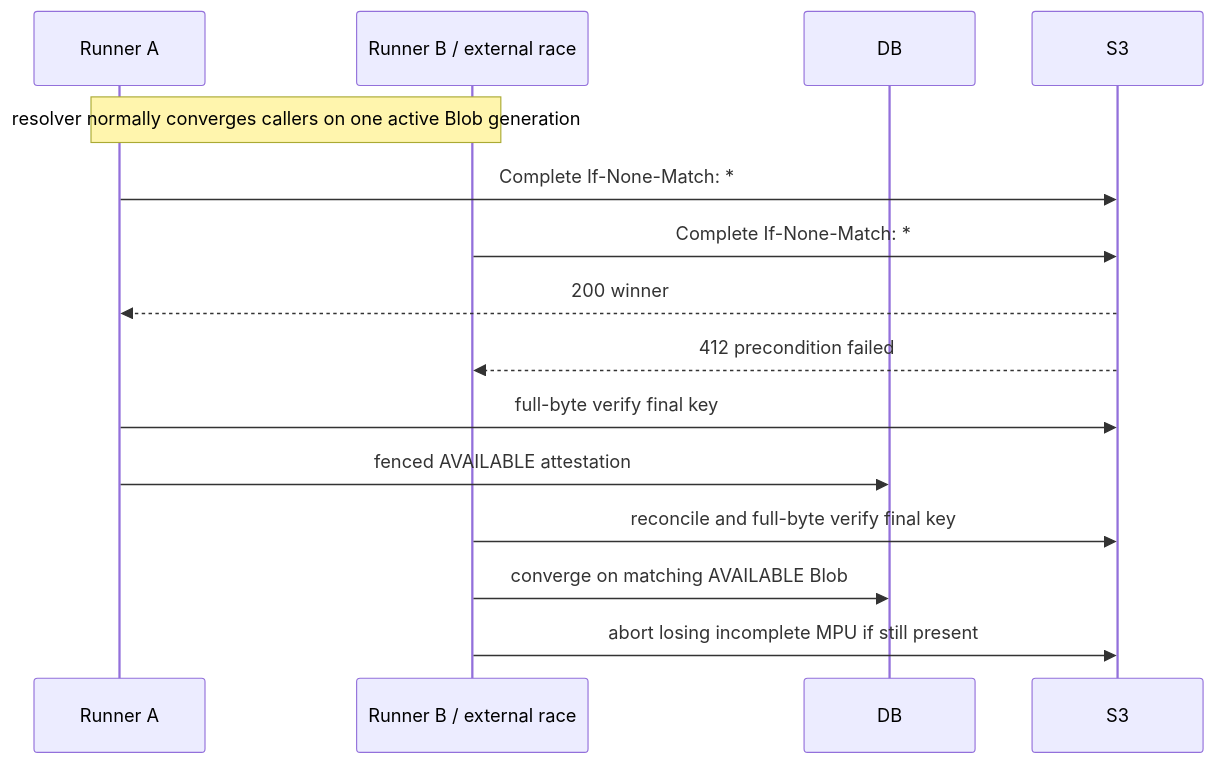
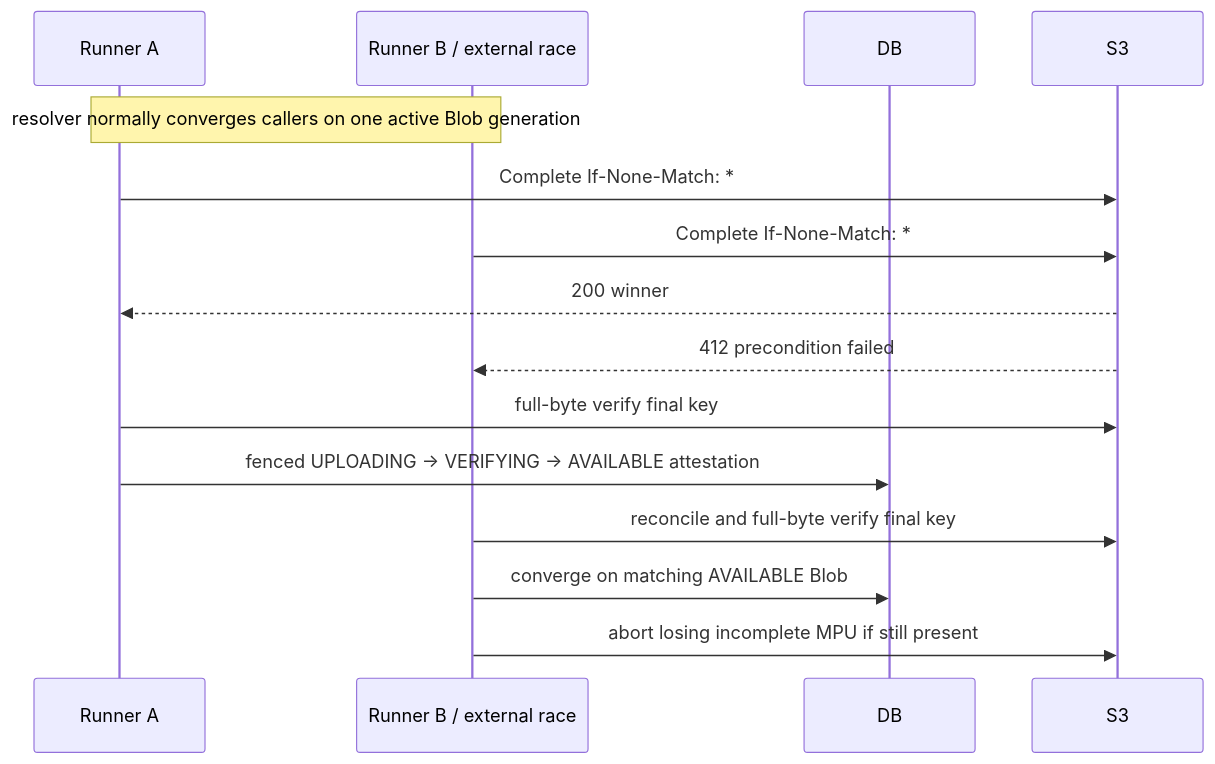
Before and after one commit to zbnerd/RoboLake: the eighth of 10 diagrams in docs/M2_MULTIPART_ARCHITECTURE.md, drawn with Mermaid. The commit also changed other lines of this file and 14 other files, not shown here.

````diff
--- a/docs/M2_MULTIPART_ARCHITECTURE.md
+++ b/docs/M2_MULTIPART_ARCHITECTURE.md
@@ -485,17 +534,17 @@
 ```mermaid
 sequenceDiagram
     participant A as Runner A
     participant B as Runner B / external race
     participant DB
     participant S3
     Note over A,B: resolver normally converges callers on one active Blob generation
     A->>S3: Complete If-None-Match: *
     B->>S3: Complete If-None-Match: *
     S3-->>A: 200 winner
     S3-->>B: 412 precondition failed
     A->>S3: full-byte verify final key
-    A->>DB: fenced AVAILABLE attestation
+    A->>DB: fenced UPLOADING → VERIFYING → AVAILABLE attestation
     B->>S3: reconcile and full-byte verify final key
     B->>DB: converge on matching AVAILABLE Blob
     B->>S3: abort losing incomplete MPU if still present
 ```
````
